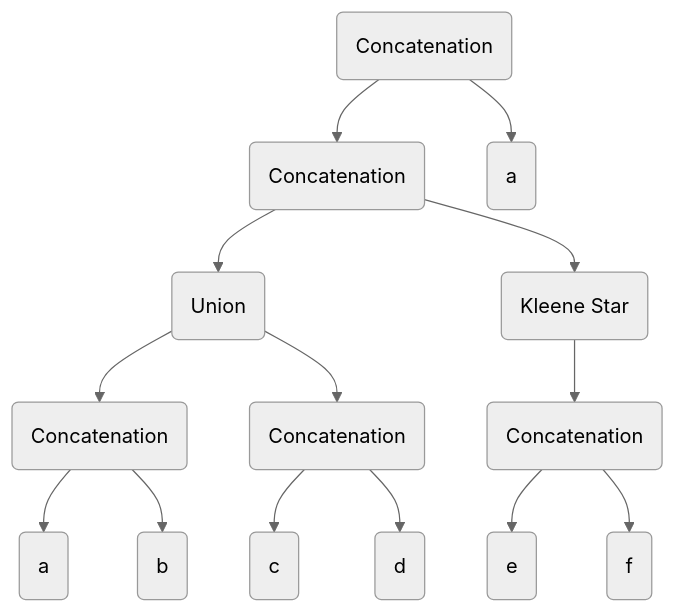
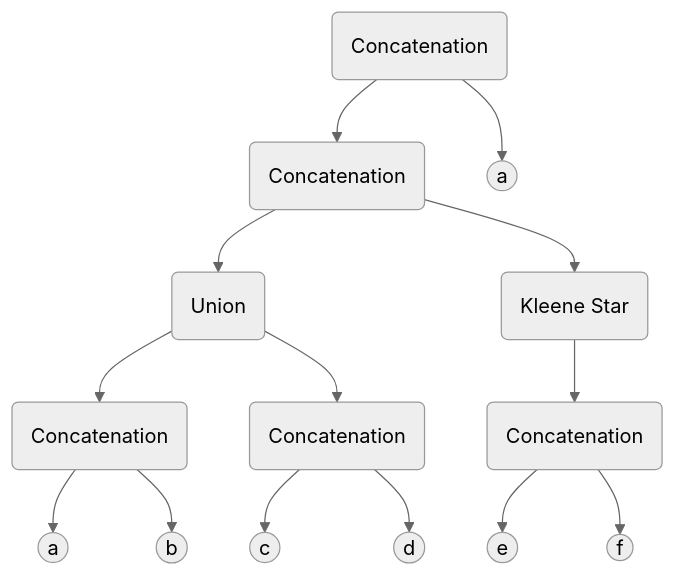
Before and after one commit to SashoVas/Finite-State-Automatons-Tool: the first of 4 diagrams in README.md, drawn with Mermaid (neutral theme). The commit also changed other lines of this file, not shown here.

````diff
--- a/README.md
+++ b/README.md
@@ -16,10 +16,10 @@
 ```mermaid
   flowchart TB
-    A(Concatenation) --> A1(a) & B1(b)
+    A(Concatenation) --> A1((a)) & B1((b))
     C(Union)--> A & D;
-    D(Concatenation) --> C1(c) & D1(d)
+    D(Concatenation) --> C1((c)) & D1((d))
     E(Concatenation) --> C & G
-    F(Concatenation) --> E1(e) & F1(f)
+    F(Concatenation) --> E1((e)) & F1((f))
     G(Kleene Star)-->F
-    H(Concatenation)-->E & A2(a)
+    H(Concatenation)-->E & A2((a))
 ```
````
